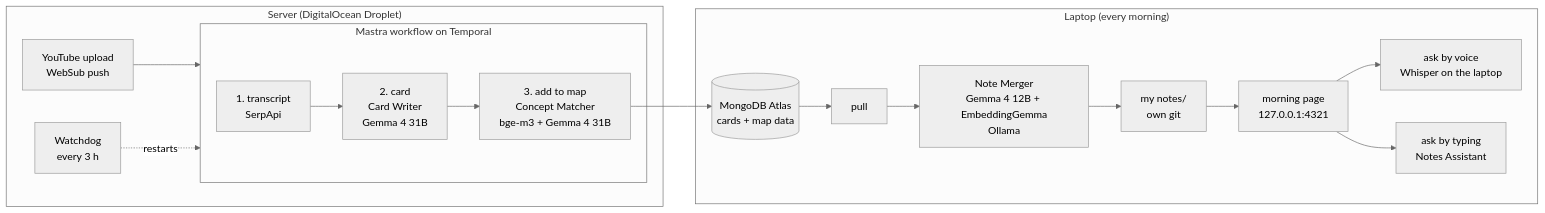
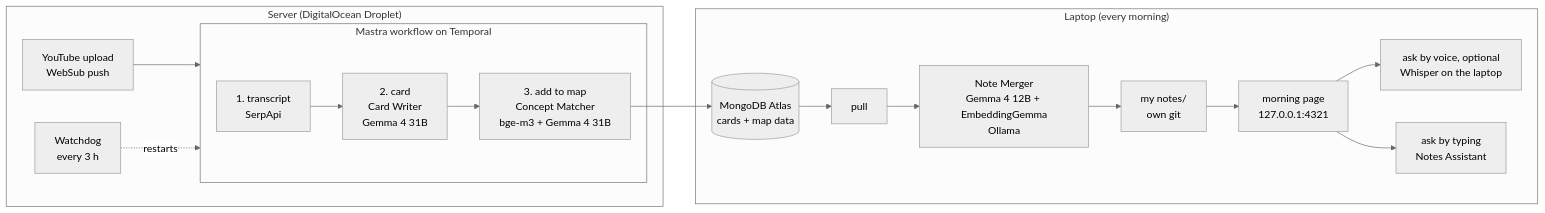
Before and after one commit to gracelee087/knowledge-gate: the diagram in README.md, drawn with Mermaid (neutral theme). The commit also changed other lines of this file and 11 other files, not shown here.

First line of the commit message:
Rename to knowledge-gate; voice input optional; fix the morning map step

````diff
--- a/README.md
+++ b/README.md
@@ -75,20 +77,20 @@
 ```mermaid
 flowchart LR
   subgraph Server["Server (DigitalOcean Droplet)"]
     YT[YouTube upload<br/>WebSub push] --> WF
     subgraph WF["Mastra workflow on Temporal"]
       T[1. transcript<br/>SerpApi] --> C[2. card<br/>Card Writer<br/>Gemma 4 31B]
       C --> M[3. add to map<br/>Concept Matcher<br/>bge-m3 + Gemma 4 31B]
     end
     WD[Watchdog<br/>every 3 h] -.restarts.-> WF
   end
   M --> A[(MongoDB Atlas<br/>cards + map data)]
   subgraph Laptop["Laptop (every morning)"]
     A --> P[pull]
     P --> NM[Note Merger<br/>Gemma 4 12B + EmbeddingGemma<br/>Ollama]
     NM --> N[my notes/<br/>own git]
     N --> W[morning page<br/>127.0.0.1:4321]
-    W --> V[ask by voice<br/>Whisper on the laptop]
+    W --> V[ask by voice, optional<br/>Whisper on the laptop]
     W --> TY[ask by typing<br/>Notes Assistant]
   end
 ```
````
